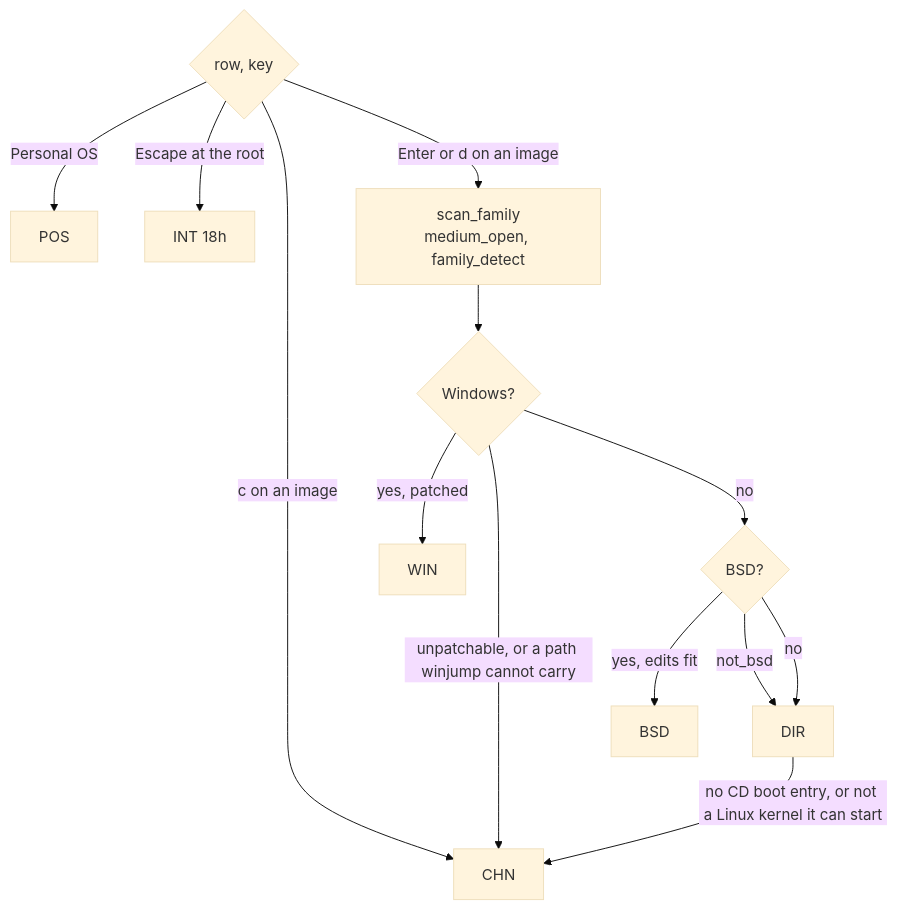
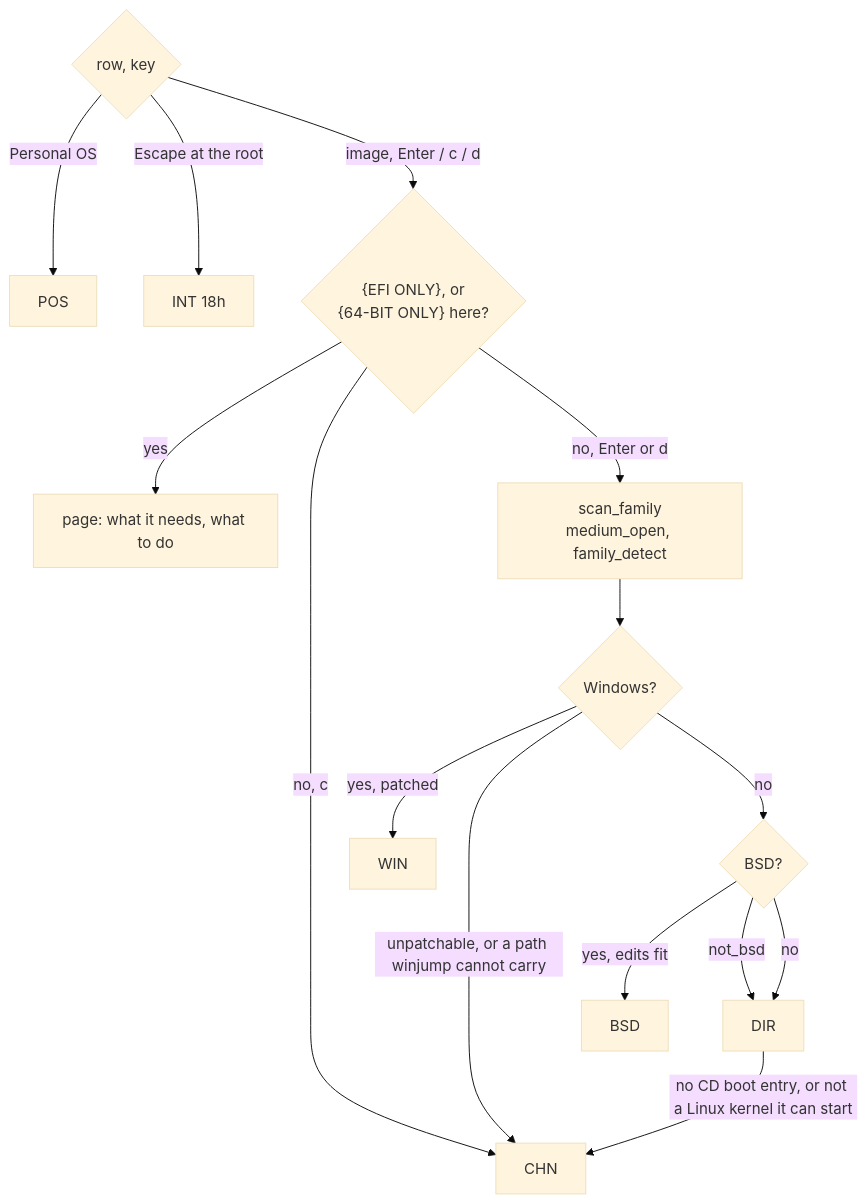
Before and after one commit to vifair22/falcon-boot: diagram 15 of 24 in docs/DESIGN.md, drawn with Mermaid (base theme). The commit also changed other lines of this file and 27 other files, not shown here.

First line of the commit message:
Tag what a BIOS machine cannot boot, and probe menu rows lazily

````diff
--- a/docs/DESIGN.md
+++ b/docs/DESIGN.md
@@ -3436,16 +3509,18 @@
 ```mermaid
 flowchart TD
     ROW{"row, key"}
     ROW -- "Personal OS" --> POS[POS]
     ROW -- "Escape at the root" --> FW["INT 18h"]
-    ROW -- "c on an image" --> CHN[CHN]
-    ROW -- "Enter or d on an image" --> MED["scan_family<br/>medium_open, family_detect"]
+    ROW -- "image, Enter / c / d" --> TAG{"{EFI ONLY}, or<br/>{64-BIT ONLY} here?"}
+    TAG -- yes --> TP["page: what it needs, what to do"]
+    TAG -- "no, c" --> CHN[CHN]
+    TAG -- "no, Enter or d" --> MED["scan_family<br/>medium_open, family_detect"]
     MED --> W{"Windows?"}
     W -- "yes, patched" --> WIN[WIN]
     W -- "unpatchable, or a path winjump cannot carry" --> CHN
     W -- no --> B{"BSD?"}
     B -- "yes, edits fit" --> BSD[BSD]
     B -- "not_bsd" --> DIR
     B -- no --> DIR[DIR]
     DIR -- "no CD boot entry, or not a Linux kernel it can start" --> CHN
 ```
````
